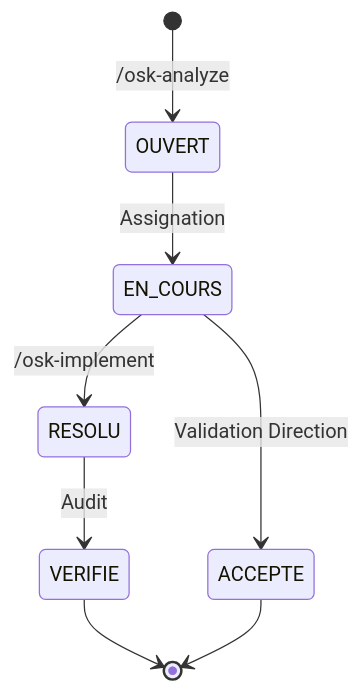
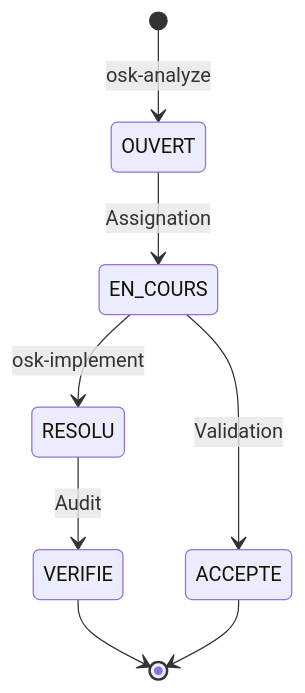
The diagram in docs/concepts/risk-register.md (Scttpr/OpenSecKit), drawn with Mermaid before and after one commit. The commit also changed 7 other files, not shown here.

Commit message:
fix(docs): fix mermaid diagrams and emoji extension

````diff
--- a/docs/concepts/risk-register.md
+++ b/docs/concepts/risk-register.md
@@ -86,10 +86,10 @@
 ```mermaid
 stateDiagram-v2
-    [*] --> OUVERT: /osk-analyze
+    [*] --> OUVERT: osk-analyze
     OUVERT --> EN_COURS: Assignation
-    EN_COURS --> RESOLU: /osk-implement
+    EN_COURS --> RESOLU: osk-implement
     RESOLU --> VERIFIE: Audit
-    EN_COURS --> ACCEPTE: Validation Direction
+    EN_COURS --> ACCEPTE: Validation
     VERIFIE --> [*]
     ACCEPTE --> [*]
 ```
````
